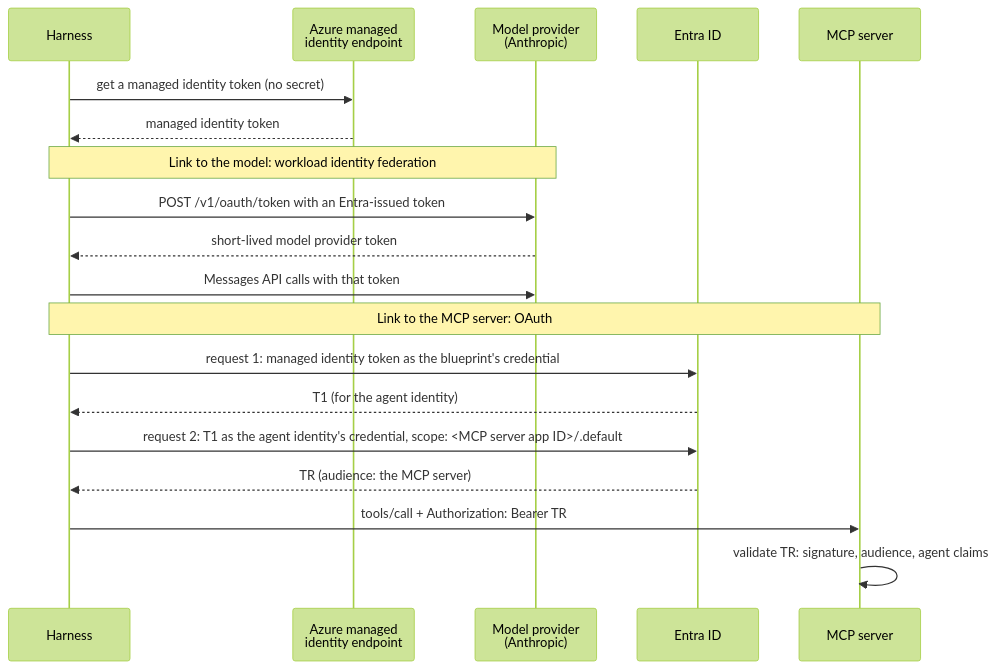
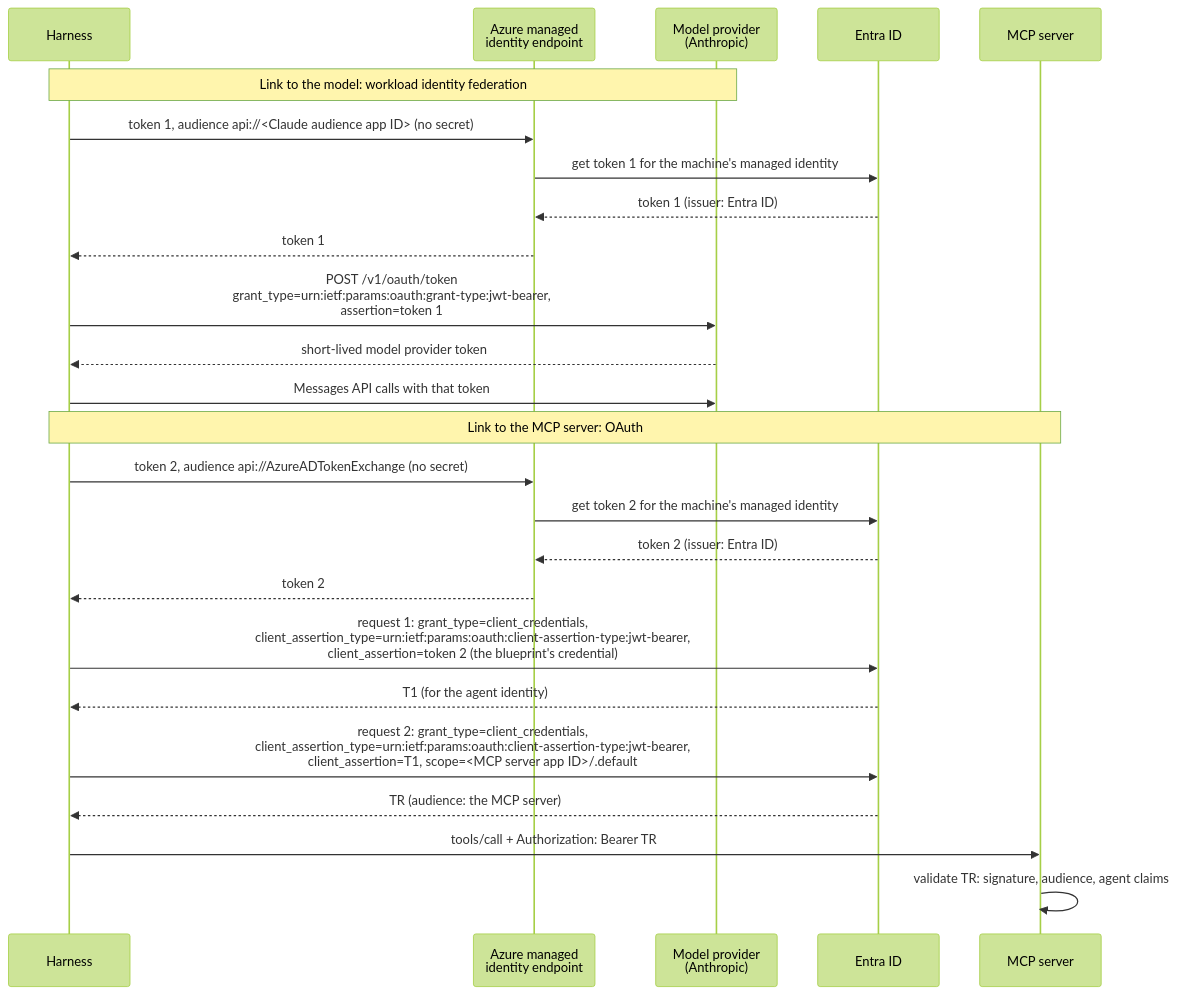
Before and after one commit to alireza-mpr/agent-steward: the diagram in docs/authentication.md, drawn with Mermaid (forest theme). The commit also changed other lines of this file and 1 other file, not shown here.

First line of the commit message:
docs: the harness's two Entra-issued tokens, and the grant type of every token request

````diff
--- a/docs/authentication.md
+++ b/docs/authentication.md
@@ -28,22 +37,28 @@
 ```mermaid
 sequenceDiagram
     participant H as Harness
     participant I as Azure managed<br/>identity endpoint
     participant P as Model provider<br/>(Anthropic)
     participant E as Entra ID
     participant M as MCP server
 
-    H->>I: get a managed identity token (no secret)
-    I-->>H: managed identity token
     Note over H,P: Link to the model: workload identity federation
-    H->>P: POST /v1/oauth/token with an Entra-issued token
+    H->>I: token 1, audience api://#lt;Claude audience app ID#gt; (no secret)
+    I->>E: get token 1 for the machine's managed identity
+    E-->>I: token 1 (issuer: Entra ID)
+    I-->>H: token 1
+    H->>P: POST /v1/oauth/token<br/>grant_type=urn:ietf:params:oauth:grant-type:jwt-bearer,<br/>assertion=token 1
     P-->>H: short-lived model provider token
     H->>P: Messages API calls with that token
     Note over H,M: Link to the MCP server: OAuth
-    H->>E: request 1: managed identity token as the blueprint's credential
+    H->>I: token 2, audience api://AzureADTokenExchange (no secret)
+    I->>E: get token 2 for the machine's managed identity
+    E-->>I: token 2 (issuer: Entra ID)
+    I-->>H: token 2
+    H->>E: request 1: grant_type=client_credentials,<br/>client_assertion_type=urn:ietf:params:oauth:client-assertion-type:jwt-bearer,<br/>client_assertion=token 2 (the blueprint's credential)
     E-->>H: T1 (for the agent identity)
-    H->>E: request 2: T1 as the agent identity's credential, scope: <MCP server app ID>/.default
+    H->>E: request 2: grant_type=client_credentials,<br/>client_assertion_type=urn:ietf:params:oauth:client-assertion-type:jwt-bearer,<br/>client_assertion=T1, scope=#lt;MCP server app ID#gt;/.default
     E-->>H: TR (audience: the MCP server)
     H->>M: tools/call + Authorization: Bearer TR
     M->>M: validate TR: signature, audience, agent claims
 ```
````
